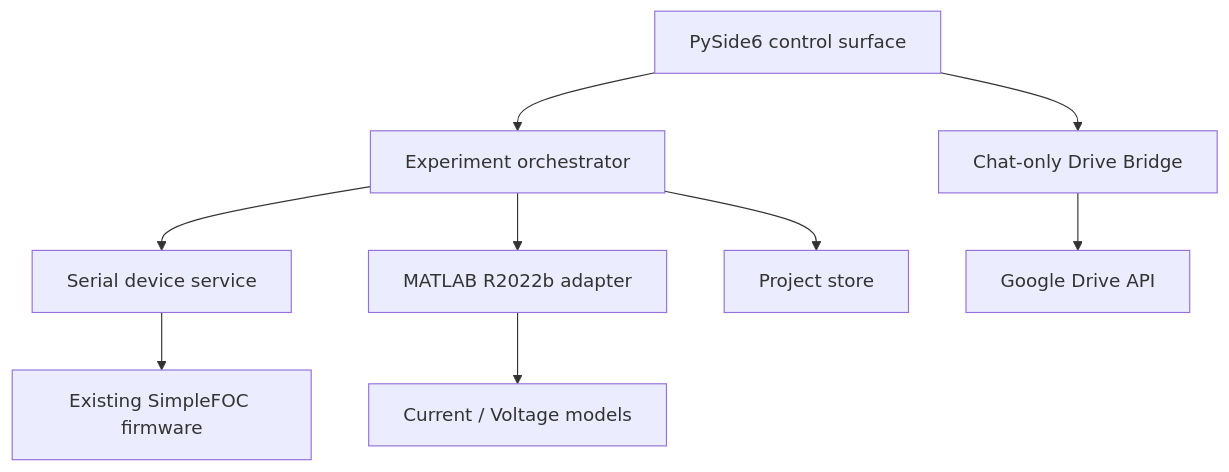
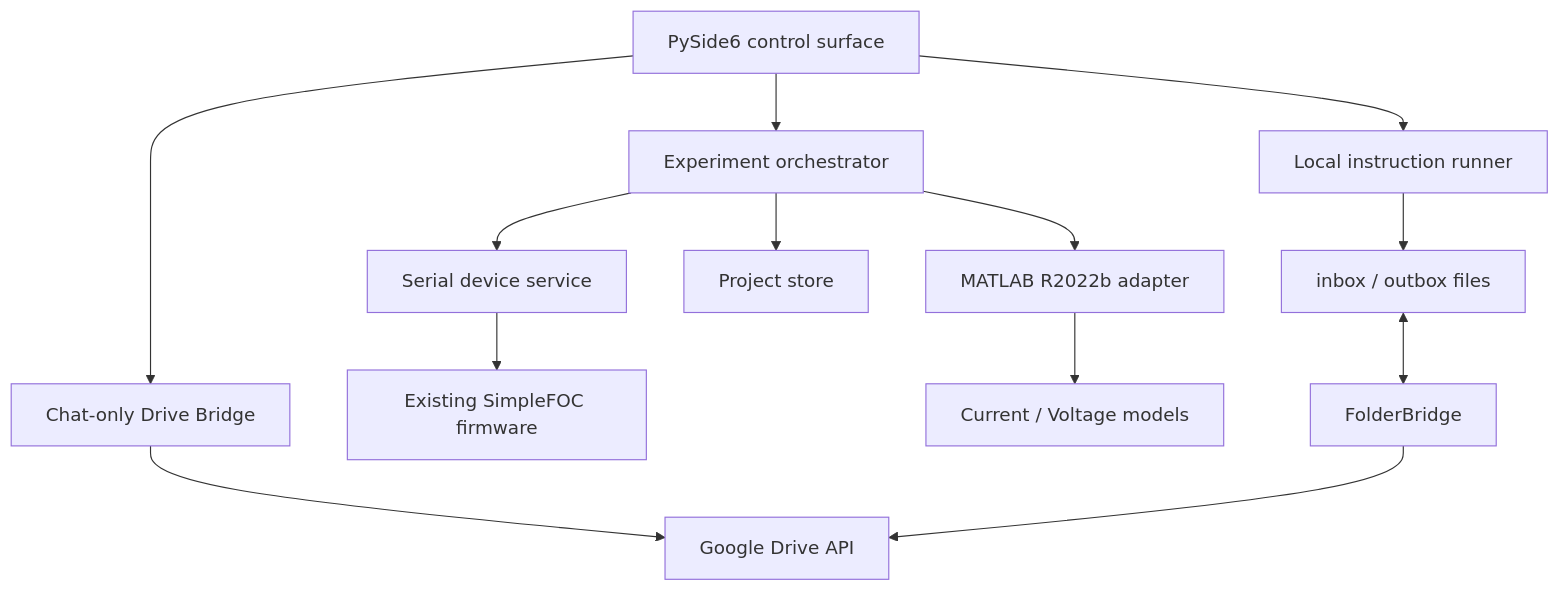
Before and after one commit to Granik115/FOCTwin: the diagram in docs/architecture.md, drawn with Mermaid. The commit also changed other lines of this file and 13 other files, not shown here.

Commit message:
Add local instruction runner beta

````diff
--- a/docs/architecture.md
+++ b/docs/architecture.md
@@ -6,11 +6,15 @@
 ```mermaid
 flowchart TD
     UI["PySide6 control surface"] --> ORCH["Experiment orchestrator"]
     UI --> BRIDGE["Chat-only Drive Bridge"]
+    UI --> RUNNER["Local instruction runner"]
     ORCH --> DEVICE["Serial device service"]
     ORCH --> MATLAB["MATLAB R2022b adapter"]
     ORCH --> STORE["Project store"]
     DEVICE --> FW["Existing SimpleFOC firmware"]
     MATLAB --> MODELS["Current / Voltage models"]
     BRIDGE --> DRIVE["Google Drive API"]
+    RUNNER --> EXCHANGE["inbox / outbox files"]
+    EXCHANGE <--> FOLDERBRIDGE["FolderBridge"]
+    FOLDERBRIDGE --> DRIVE
 ```
````
